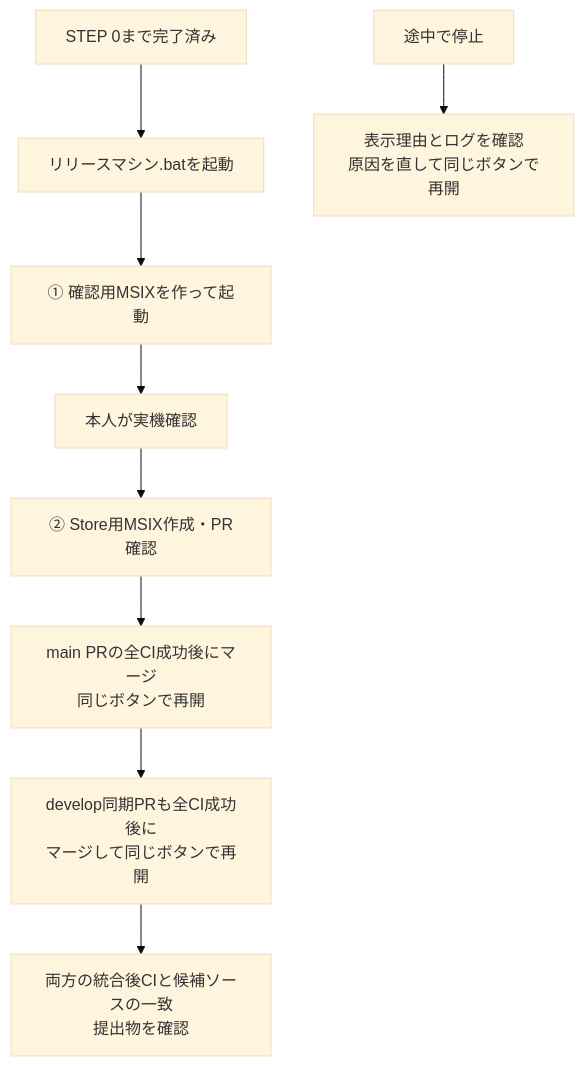
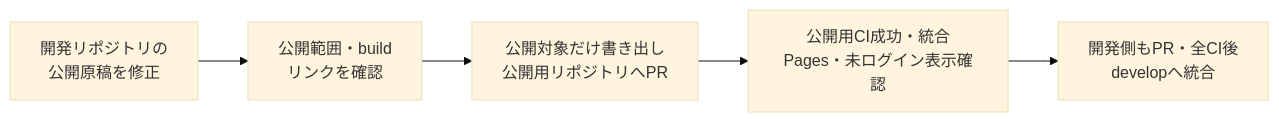
The seventh of 12 diagrams in docs/010_RELEASE.md (ore-no-fusen/ore-no-fusen), drawn with Mermaid (base theme) before and after one commit. The commit also changed other lines of this file, not shown here.

Commit message:
成果物と役割ごとの図表を追加

````diff
--- a/docs/010_RELEASE.md
+++ b/docs/010_RELEASE.md
@@ -43,11 +145,4 @@
 ```mermaid
-flowchart TD
-    A[STEP 0まで完了済み] --> B[リリースマシン.batを起動]
-    B --> C[① 確認用MSIXを作って起動]
-    C --> D[本人が実機確認]
-    D --> E[② Store用MSIX作成・PR確認]
-    E --> F[main PRの全CI成功後にマージ<br/>同じボタンで再開]
-    F --> H[develop同期PRも全CI成功後に<br/>マージして同じボタンで再開]
-    H --> G[両方の統合後CIと候補ソースの一致<br/>提出物を確認]
-    X[途中で停止] --> Y[表示理由とログを確認<br/>原因を直して同じボタンで再開]
+flowchart LR
+    A["開発リポジトリの<br/>公開原稿を修正"] --> B["公開範囲・build<br/>リンクを確認"] --> C["公開対象だけ書き出し<br/>公開用リポジトリへPR"] --> D["公開用CI成功・統合<br/>Pages・未ログイン表示確認"] --> E["開発側もPR・全CI後<br/>developへ統合"]
 ```
````
